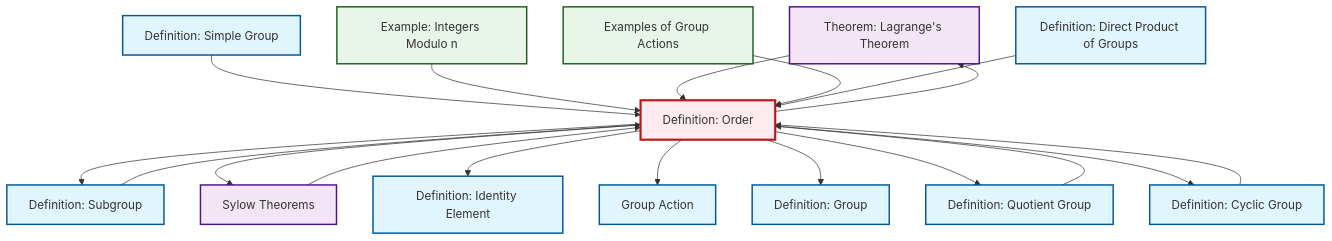
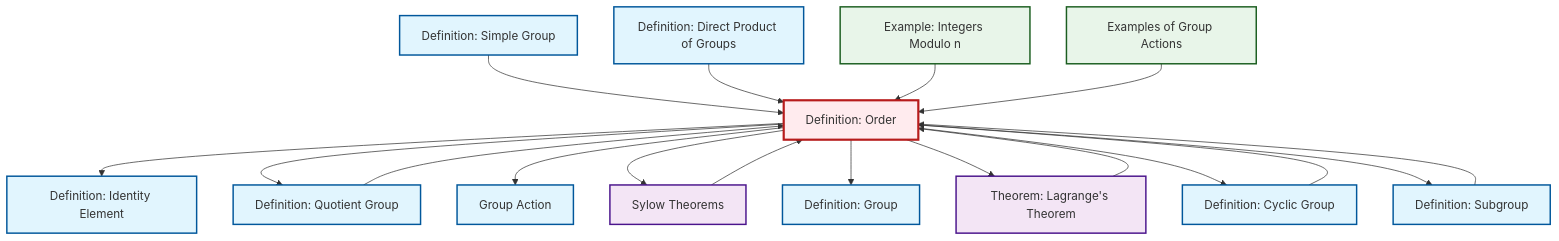
Before and after one commit to RK0429/ModernMath: the diagram in content/ja/algebra/def-order.qmd, drawn with Mermaid. The commit also changed other lines of this file and 654 other files, not shown here.

````diff
--- a/content/ja/algebra/def-order.qmd
+++ b/content/ja/algebra/def-order.qmd
@@ -112,52 +112,52 @@
 ```{mermaid}
 %%| fig-cap: "Local dependency graph"
 graph TD
     classDef definition fill:#e1f5fe,stroke:#01579b,stroke-width:2px
     classDef theorem fill:#f3e5f5,stroke:#4a148c,stroke-width:2px
     classDef axiom fill:#fff3e0,stroke:#e65100,stroke-width:2px
     classDef example fill:#e8f5e9,stroke:#1b5e20,stroke-width:2px
     classDef current fill:#ffebee,stroke:#b71c1c,stroke-width:3px
+    def-simple-group["Definition: Simple Group"]:::definition
+    def-cyclic-group["Definition: Cyclic Group"]:::definition
     def-group["Definition: Group"]:::definition
+    thm-sylow["Sylow Theorems"]:::theorem
+    def-order["Definition: Order"]:::definition
+    def-quotient-group["Definition: Quotient Group"]:::definition
     thm-lagrange["Theorem: Lagrange's Theorem"]:::theorem
-    def-simple-group["Definition: Simple Group"]:::definition
-    def-quotient-group["Definition: Quotient Group"]:::definition
-    def-cyclic-group["Definition: Cyclic Group"]:::definition
     def-subgroup["Definition: Subgroup"]:::definition
-    thm-sylow["Sylow Theorems"]:::theorem
     def-direct-product["Definition: Direct Product of Groups"]:::definition
-    def-order["Definition: Order"]:::definition
-    ex-quotient-integers-mod-n["Example: Integers Modulo n"]:::example
-    def-group-action["Group Action"]:::definition
     def-identity-element["Definition: Identity Element"]:::definition
     ex-group-action-examples["Examples of Group Actions"]:::example
+    def-group-action["Group Action"]:::definition
+    ex-quotient-integers-mod-n["Example: Integers Modulo n"]:::example
     def-simple-group --> def-order
+    def-order --> def-identity-element
+    def-cyclic-group --> def-order
+    def-subgroup --> def-order
+    def-order --> def-quotient-group
+    def-direct-product --> def-order
+    def-order --> def-group-action
+    def-order --> thm-sylow
+    def-order --> def-group
+    thm-sylow --> def-order
+    def-quotient-group --> def-order
+    def-order --> thm-lagrange
+    def-order --> def-cyclic-group
     ex-quotient-integers-mod-n --> def-order
+    ex-group-action-examples --> def-order
+    thm-lagrange --> def-order
     def-order --> def-subgroup
-    def-order --> thm-sylow
-    def-subgroup --> def-order
-    def-quotient-group --> def-order
-    thm-lagrange --> def-order
-    def-order --> thm-lagrange
-    def-order --> def-identity-element
-    def-order --> def-group-action
-    ex-group-action-examples --> def-order
-    def-cyclic-group --> def-order
-    def-order --> def-group
-    def-direct-product --> def-order
-    def-order --> def-quotient-group
-    thm-sylow --> def-order
-    def-order --> def-cyclic-group
     class def-order current
+    click def-simple-group "def-simple-group.html" "Definition: Simple Groupへ"
+    click def-cyclic-group "def-cyclic-group.html" "Definition: Cyclic Groupへ"
     click def-group "def-group.html" "Definition: Groupへ"
+    click thm-sylow "thm-sylow.html" "Sylow Theoremsへ"
+    click def-quotient-group "def-quotient-group.html" "Definition: Quotient Groupへ"
     click thm-lagrange "thm-lagrange.html" "Theorem: Lagrange's Theoremへ"
-    click def-simple-group "def-simple-group.html" "Definition: Simple Groupへ"
-    click def-quotient-group "def-quotient-group.html" "Definition: Quotient Groupへ"
-    click def-cyclic-group "def-cyclic-group.html" "Definition: Cyclic Groupへ"
     click def-subgroup "def-subgroup.html" "Definition: Subgroupへ"
-    click thm-sylow "thm-sylow.html" "Sylow Theoremsへ"
     click def-direct-product "def-direct-product.html" "Definition: Direct Product of Groupsへ"
-    click ex-quotient-integers-mod-n "ex-quotient-integers-mod-n.html" "Example: Integers Modulo nへ"
-    click def-group-action "def-group-action.html" "Group Actionへ"
     click def-identity-element "def-identity-element.html" "Definition: Identity Elementへ"
     click ex-group-action-examples "ex-group-action-examples.html" "Examples of Group Actionsへ"
+    click def-group-action "def-group-action.html" "Group Actionへ"
+    click ex-quotient-integers-mod-n "ex-quotient-integers-mod-n.html" "Example: Integers Modulo nへ"
 ```
````
